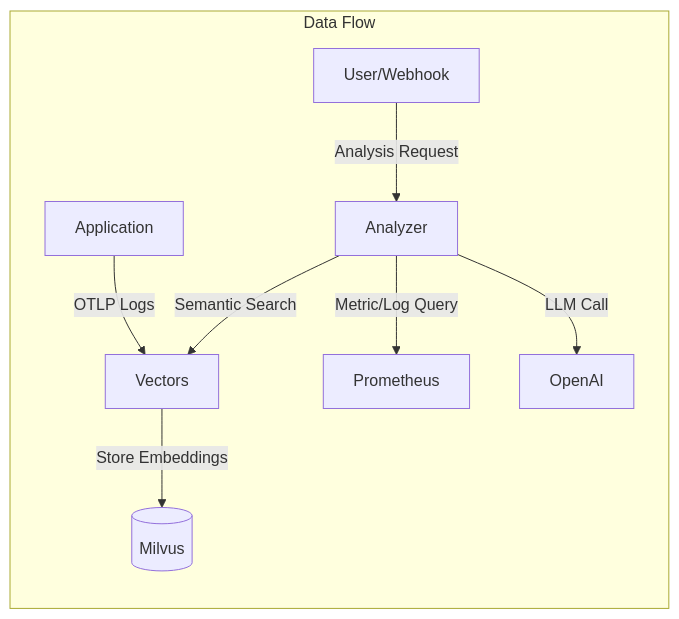
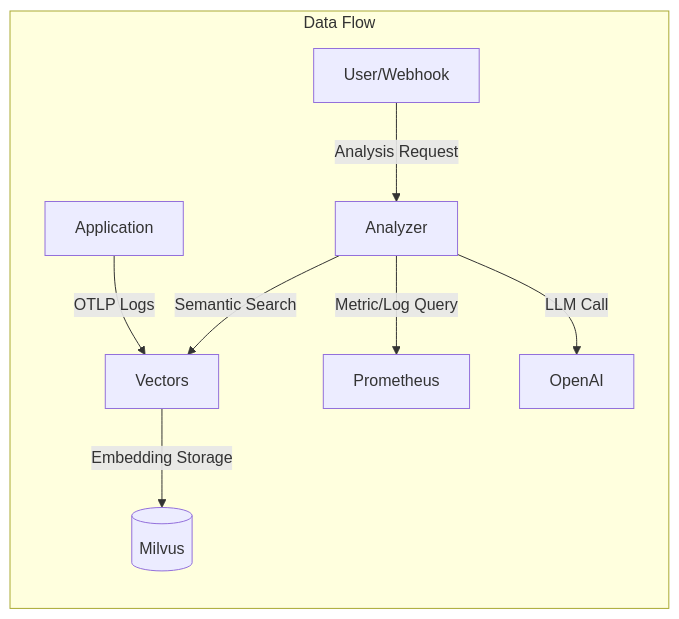
One commit to mandacode-labs/mandacode-devs changed the first of 2 diagrams in src/content/blog/en/meerkat-deep-dive.md. Above: the diagram before and after it, drawn with Mermaid. The commit also changed other lines of this file and 11 other files, not shown here.

````diff
--- a/src/content/blog/en/meerkat-deep-dive.md
+++ b/src/content/blog/en/meerkat-deep-dive.md
@@ -46,11 +31,11 @@
 ```mermaid
 graph LR
     subgraph "Data Flow"
         App[Application] -- OTLP Logs --> Vectors
-        Vectors -- Store Embeddings --> Milvus[(Milvus)]
+        Vectors -- Embedding Storage --> Milvus[(Milvus)]
         Client[User/Webhook] -- Analysis Request --> Analyzer
         Analyzer -- Semantic Search --> Vectors
         Analyzer -- Metric/Log Query --> Prometheus
         Analyzer -- LLM Call --> OpenAI
     end
 ```
````
